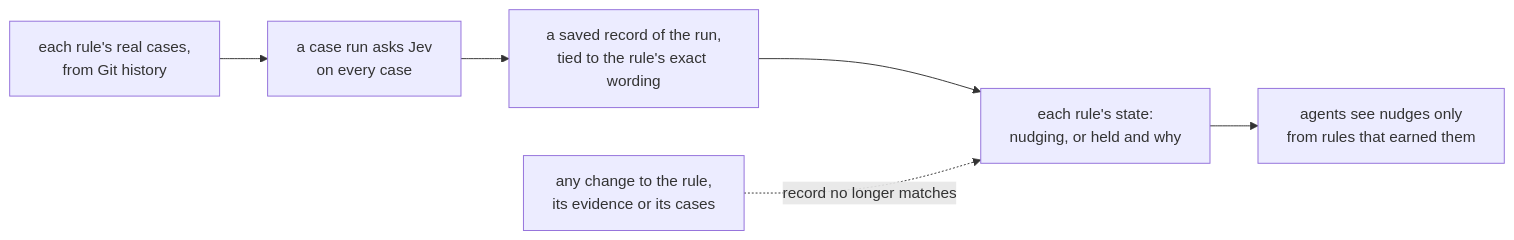
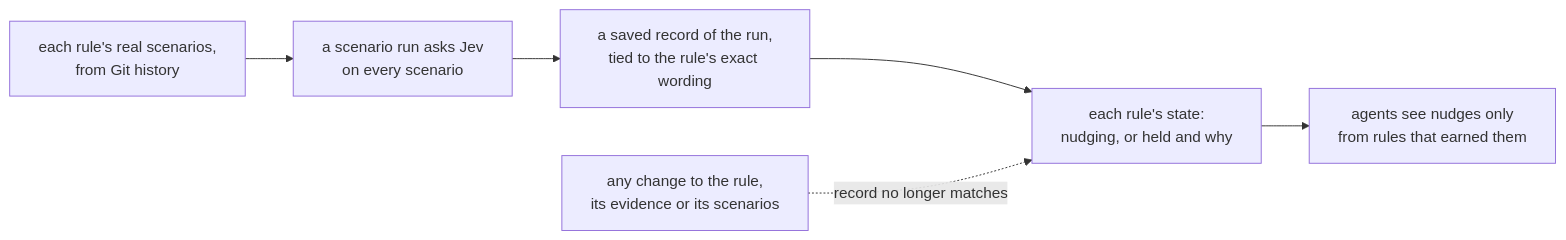
The diagram in docs/specs/2026-11-03-skill-rules/deliverables/2-rules-earn-their-nudges/design.md (ShravanSunder/sunstack), drawn with Mermaid before and after one commit. The commit also changed other lines of this file and 30 other files, not shown here.

First line of the commit message:
docs(skill-rules): scenarios replace cases; scenario runs outside git; owner adoption file replaces the committed receipt; D2 step A6

````diff
--- a/docs/specs/2026-11-03-skill-rules/deliverables/2-rules-earn-their-nudges/design.md
+++ b/docs/specs/2026-11-03-skill-rules/deliverables/2-rules-earn-their-nudges/design.md
@@ -9,8 +9,8 @@
 ```mermaid
 flowchart LR
-  cases["each rule's real cases,<br/>from Git history"] --> run["a case run asks Jev<br/>on every case"]
+  scenarios["each rule's real scenarios,<br/>from Git history"] --> run["a scenario run asks Jev<br/>on every scenario"]
   run --> record["a saved record of the run,<br/>tied to the rule's exact wording"]
   record --> state["each rule's state:<br/>nudging, or held and why"]
   state --> report["agents see nudges only<br/>from rules that earned them"]
-  change["any change to the rule,<br/>its evidence or its cases"] -.->|"record no longer matches"| state
+  change["any change to the rule,<br/>its evidence or its scenarios"] -.->|"record no longer matches"| state
 ```
````
